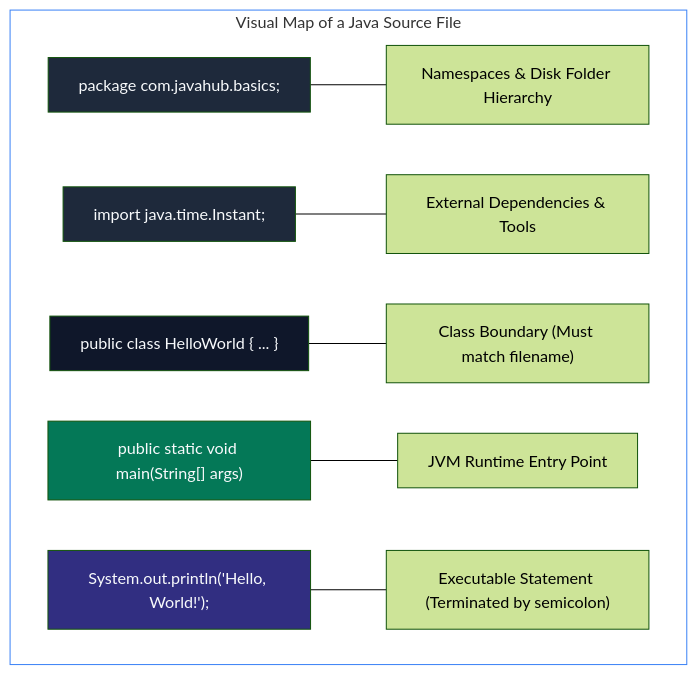
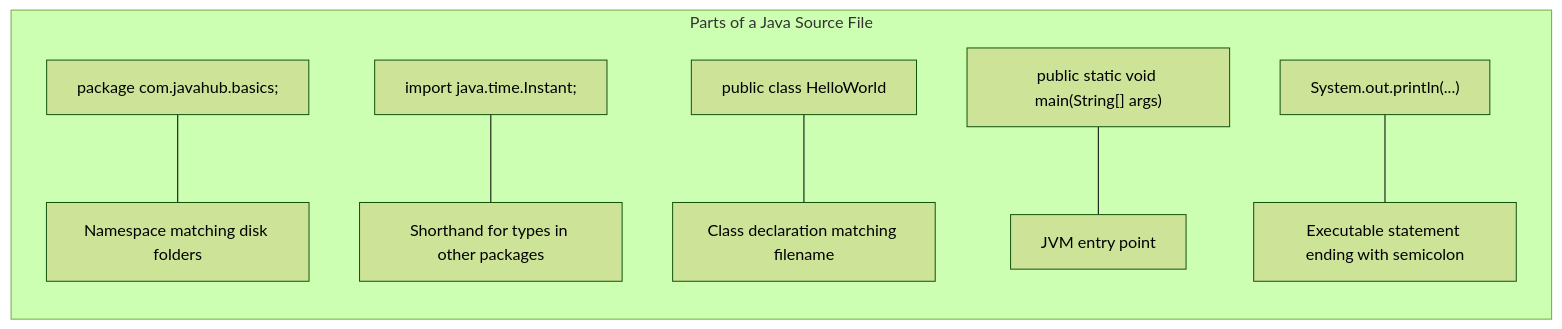
One commit to ravishankar2463/java_hub changed the second of 4 diagrams in content/roadmap/level-0/anatomy-of-a-java-program.md. Above: the diagram before and after it, drawn with Mermaid (forest theme). The commit also changed other lines of this file and 119 other files, not shown here.

Commit message:
feat: add comprehensive java learning roadmap content across multiple levels

````diff
--- a/content/roadmap/level-0/anatomy-of-a-java-program.md
+++ b/content/roadmap/level-0/anatomy-of-a-java-program.md
@@ -63,17 +52,10 @@
 ```mermaid
-flowchart TD
-    subgraph Anatomy ["Visual Map of a Java Source File"]
-        L1["package com.javahub.basics;"] --- D1["Namespaces & Disk Folder Hierarchy"]
-        L2["import java.time.Instant;"] --- D2["External Dependencies & Tools"]
-        L3["public class HelloWorld { ... }"] --- D3["Class Boundary (Must match filename)"]
-        L4["public static void main(String[] args)"] --- D4["JVM Runtime Entry Point"]
-        L5["System.out.println('Hello, World!');"] --- D5["Executable Statement (Terminated by semicolon)"]
+flowchart LR
+    subgraph SourceFile["Parts of a Java Source File"]
+        L1["package com.javahub.basics;"] --- D1["Namespace matching disk folders"]
+        L2["import java.time.Instant;"] --- D2["Shorthand for types in other packages"]
+        L3["public class HelloWorld"] --- D3["Class declaration matching filename"]
+        L4["public static void main(String[] args)"] --- D4["JVM entry point"]
+        L5["System.out.println(...)"] --- D5["Executable statement ending with semicolon"]
     end
-
-    style Anatomy fill:transparent,stroke:#3b82f6,stroke-width:1px
-    style L1 fill:#1e293b,color:#f8fafc
-    style L2 fill:#1e293b,color:#f8fafc
-    style L3 fill:#0f172a,color:#f8fafc
-    style L4 fill:#047857,color:#f8fafc
-    style L5 fill:#312e81,color:#f8fafc
 ```
````
